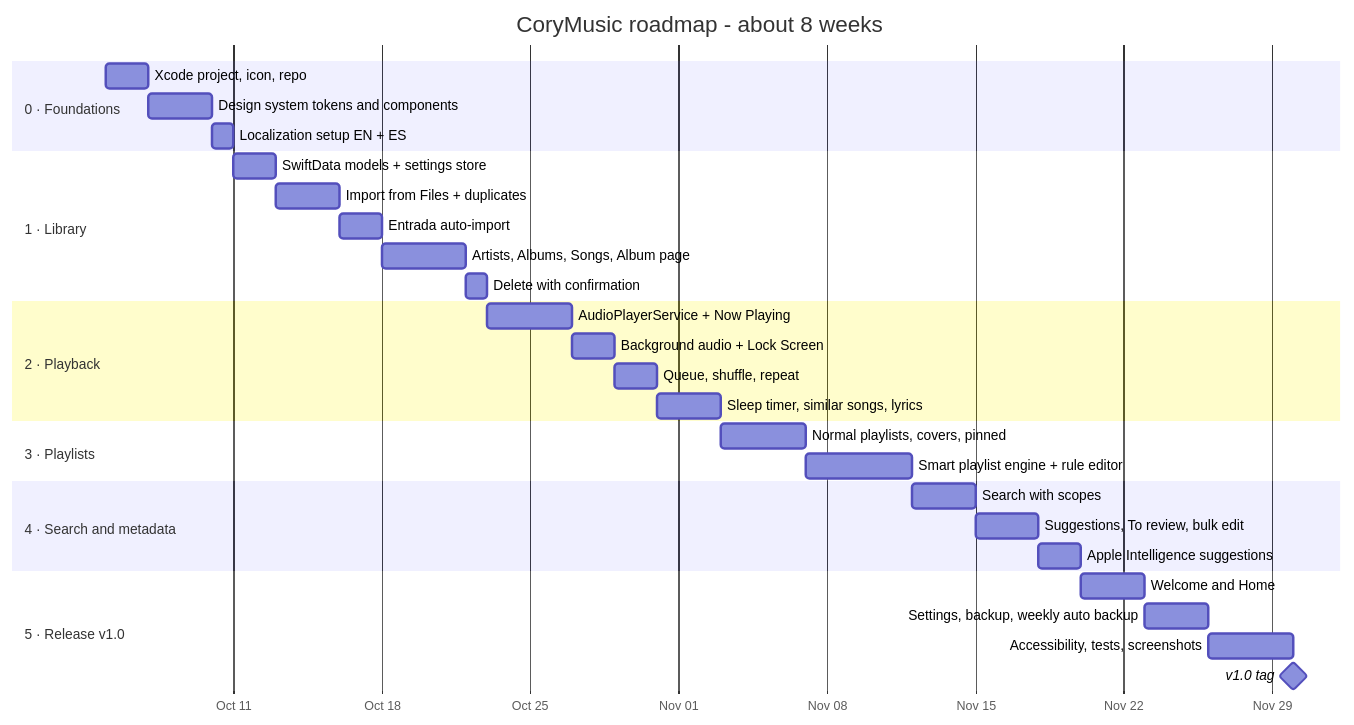
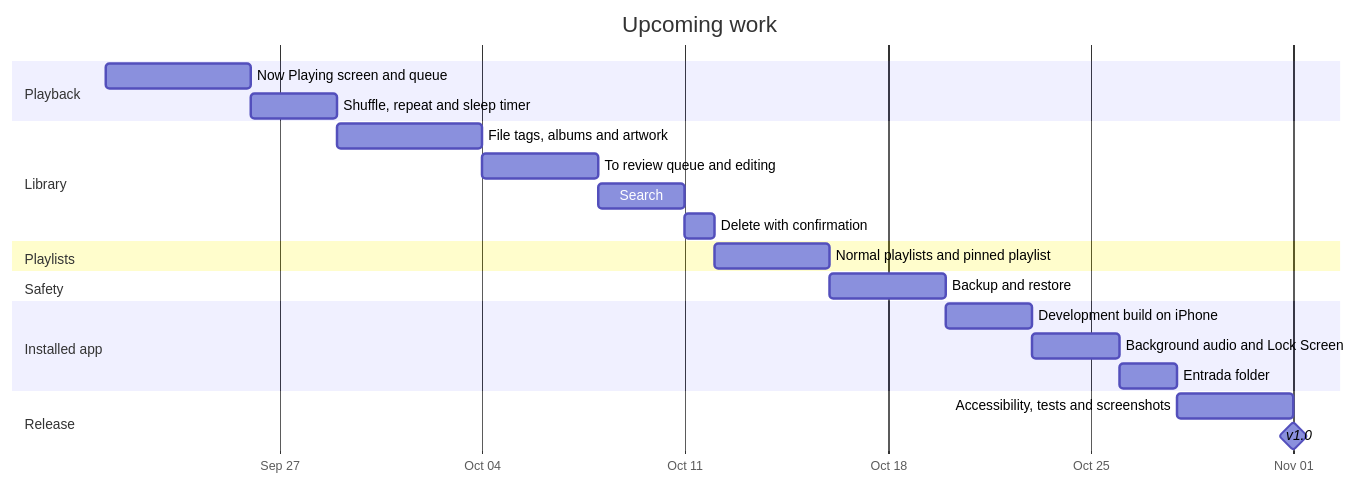
The diagram in docs/ROADMAP.md (sabrinasalomon/CoryMusic), drawn with Mermaid before and after one commit. The commit also changed other lines of this file and 68 other files, not shown here.

````diff
--- a/docs/ROADMAP.md
+++ b/docs/ROADMAP.md
@@ -7,39 +17,31 @@
 ```mermaid
 gantt
-    title CoryMusic roadmap - about 8 weeks
+    title Upcoming work
     dateFormat YYYY-MM-DD
     axisFormat %b %d
 
-    section 0 · Foundations
-    Xcode project, icon, repo              :f1, 2026-10-05, 2d
-    Design system tokens and components    :f2, after f1, 3d
-    Localization setup EN + ES             :f3, after f2, 1d
+    section Playback
+    Now Playing screen and queue           :p1, 2026-09-21, 5d
+    Shuffle, repeat and sleep timer        :p2, after p1, 3d
 
-    section 1 · Library
-    SwiftData models + settings store      :l1, after f3, 2d
-    Import from Files + duplicates         :l2, after l1, 3d
-    Entrada auto-import                    :l3, after l2, 2d
-    Artists, Albums, Songs, Album page     :l4, after l3, 4d
-    Delete with confirmation               :l5, after l4, 1d
+    section Library
+    File tags, albums and artwork          :l1, after p2, 5d
+    To review queue and editing            :l2, after l1, 4d
+    Search                                 :l3, after l2, 3d
+    Delete with confirmation               :l4, after l3, 1d
 
-    section 2 · Playback
-    AudioPlayerService + Now Playing       :p1, after l5, 4d
-    Background audio + Lock Screen         :p2, after p1, 2d
-    Queue, shuffle, repeat                 :p3, after p2, 2d
-    Sleep timer, similar songs, lyrics     :p4, after p3, 3d
+    section Playlists
+    Normal playlists and pinned playlist   :pl1, after l4, 4d
 
-    section 3 · Playlists
-    Normal playlists, covers, pinned       :pl1, after p4, 4d
-    Smart playlist engine + rule editor    :pl2, after pl1, 5d
+    section Safety
+    Backup and restore                     :b1, after pl1, 4d
 
-    section 4 · Search and metadata
-    Search with scopes                     :s1, after pl2, 3d
-    Suggestions, To review, bulk edit      :s2, after s1, 3d
-    Apple Intelligence suggestions         :s3, after s2, 2d
+    section Installed app
+    Development build on iPhone            :i1, after b1, 3d
+    Background audio and Lock Screen       :i2, after i1, 3d
+    Entrada folder                         :i3, after i2, 2d
 
-    section 5 · Release v1.0
-    Welcome and Home                       :r1, after s3, 3d
-    Settings, backup, weekly auto backup   :r2, after r1, 3d
-    Accessibility, tests, screenshots      :r3, after r2, 4d
-    v1.0 tag                               :milestone, r4, after r3, 0d
+    section Release
+    Accessibility, tests and screenshots   :r1, after i3, 4d
+    v1.0                                   :milestone, r2, after r1, 0d
 ```
````
